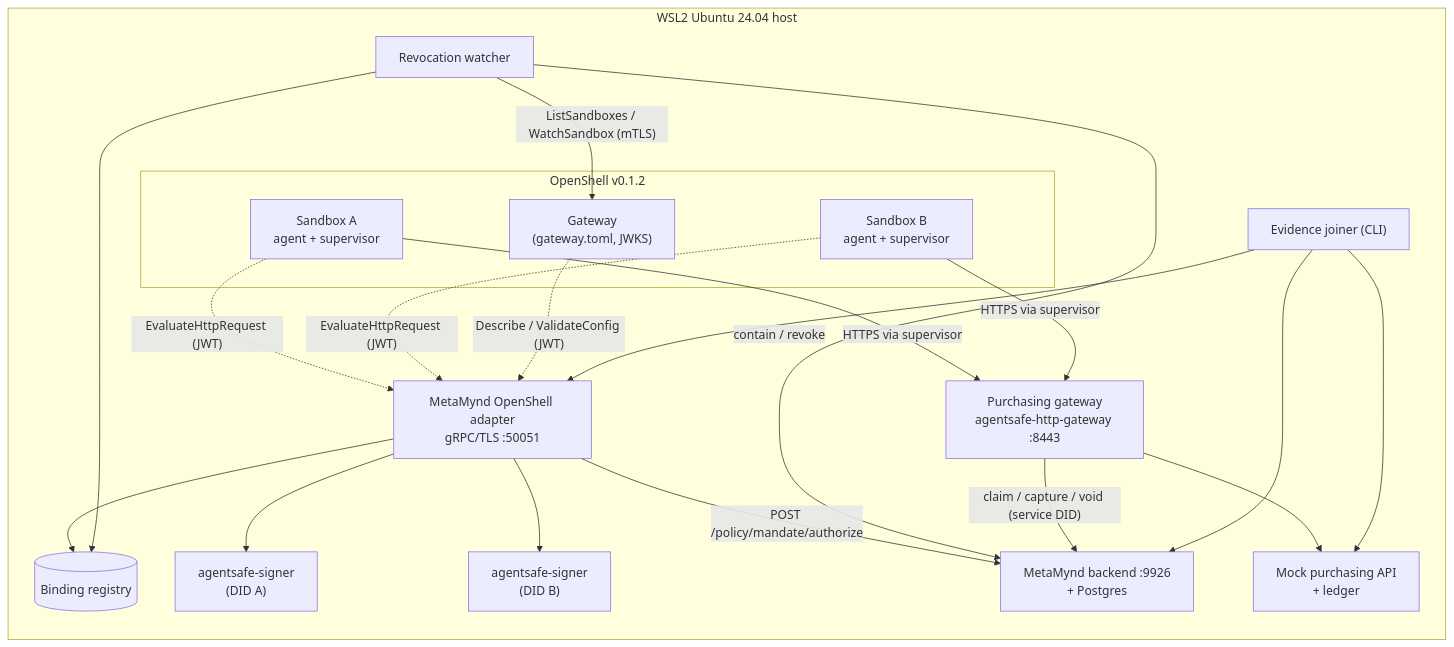
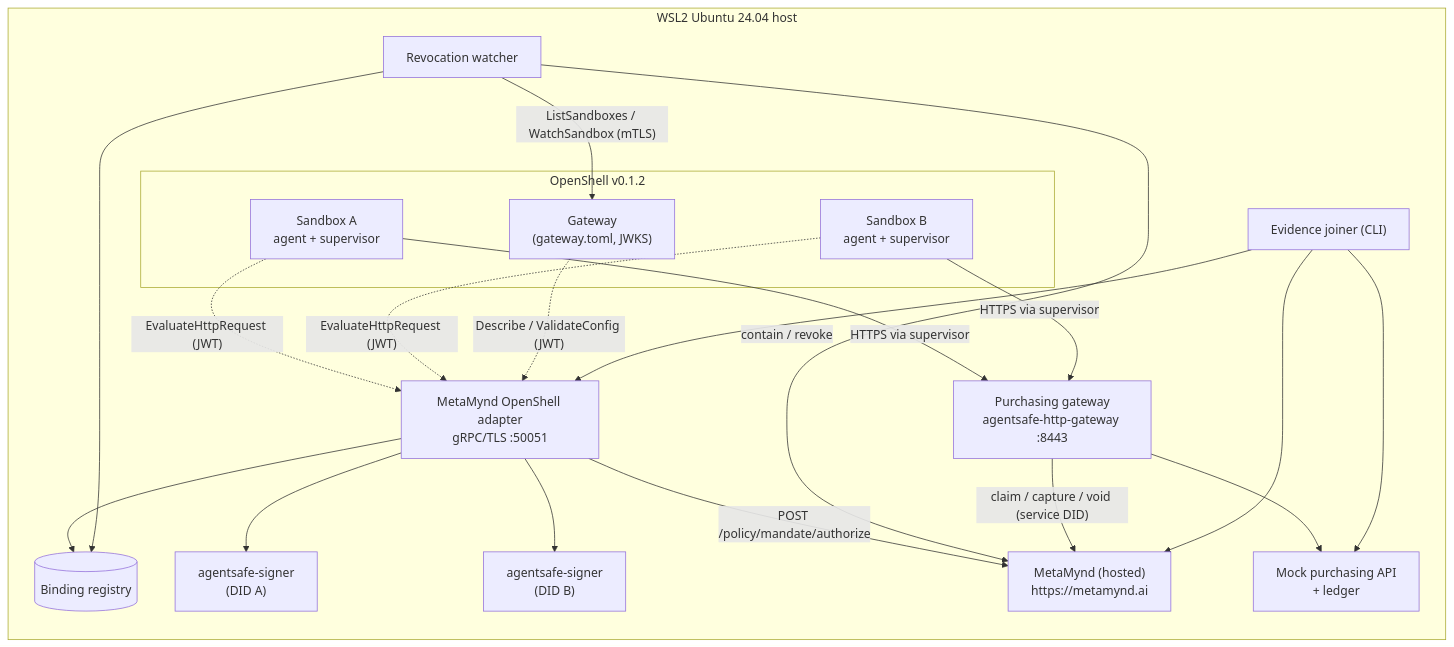
One commit to Metamynd/openshell-integration changed the first of 2 diagrams in docs/design.md. Above: the diagram before and after it, drawn with Mermaid. The commit also changed other lines of this file and 7 other files, not shown here.

First line of the commit message:
feat(m0): target hosted metamynd.ai; add the S5 latency probe

````diff
--- a/docs/design.md
+++ b/docs/design.md
@@ -27,36 +27,36 @@
 ```mermaid
 flowchart LR
   subgraph WSL2["WSL2 Ubuntu 24.04 host"]
     subgraph OS["OpenShell v0.1.2"]
       GW["Gateway<br/>(gateway.toml, JWKS)"]
       SA["Sandbox A<br/>agent + supervisor"]
       SB["Sandbox B<br/>agent + supervisor"]
     end
     AD["MetaMynd OpenShell adapter<br/>gRPC/TLS :50051"]
     REG[("Binding registry")]
     SGA["agentsafe-signer<br/>(DID A)"]
     SGB["agentsafe-signer<br/>(DID B)"]
     W["Revocation watcher"]
     PG["Purchasing gateway<br/>agentsafe-http-gateway :8443"]
     API["Mock purchasing API<br/>+ ledger"]
-    MM["MetaMynd backend :9926<br/>+ Postgres"]
+    MM["MetaMynd (hosted)<br/>https://metamynd.ai"]
     EV["Evidence joiner (CLI)"]
   end
   SA -- "HTTPS via supervisor" --> PG
   SB -- "HTTPS via supervisor" --> PG
   SA -. "EvaluateHttpRequest (JWT)" .-> AD
   SB -. "EvaluateHttpRequest (JWT)" .-> AD
   GW -. "Describe / ValidateConfig (JWT)" .-> AD
   AD --> REG
   AD --> SGA
   AD --> SGB
   AD -- "POST /policy/mandate/authorize" --> MM
   W -- "ListSandboxes / WatchSandbox (mTLS)" --> GW
   W --> REG
   W -- "contain / revoke" --> MM
   PG -- "claim / capture / void (service DID)" --> MM
   PG --> API
   EV --> AD
   EV --> MM
   EV --> API
 ```
````
